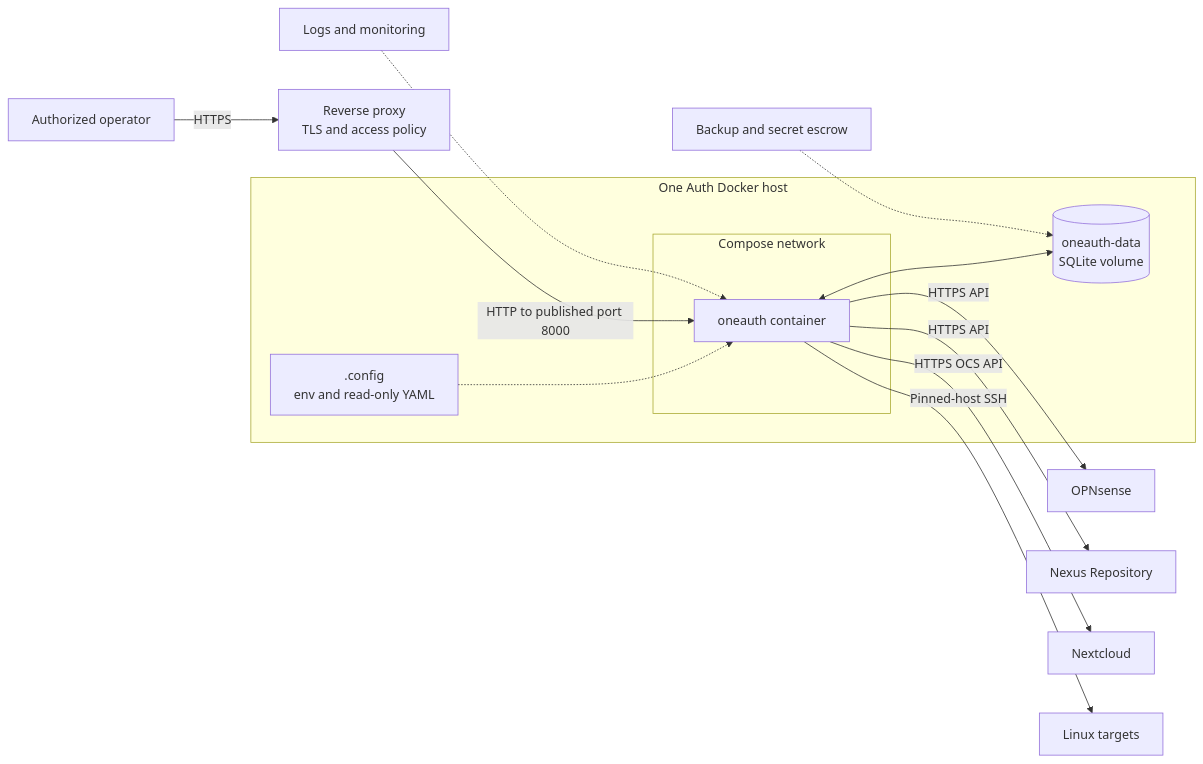
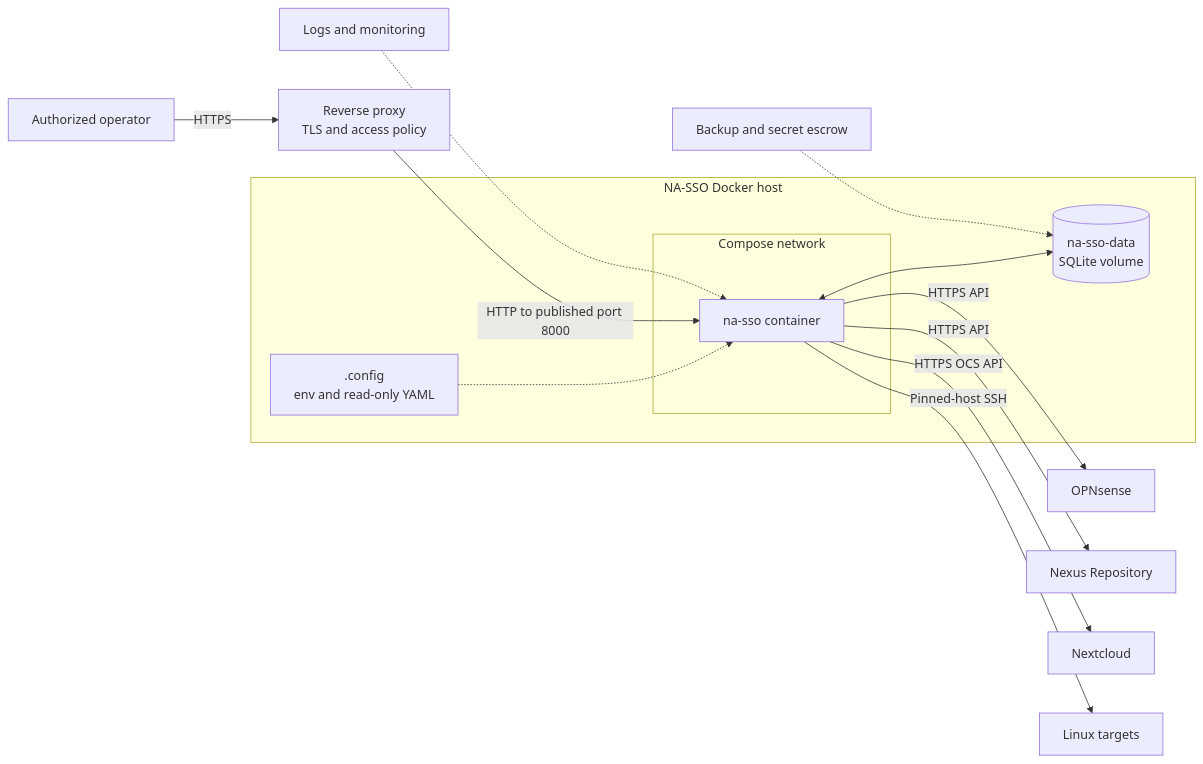
The diagram in docs/PRODUCTION.md (jpbaking/na-sso), drawn with Mermaid before and after one commit. The commit also changed other lines of this file and 107 other files, not shown here.

````diff
--- a/docs/PRODUCTION.md
+++ b/docs/PRODUCTION.md
@@ -21,21 +21,21 @@
 ```mermaid
 flowchart LR
     Operator["Authorized operator"] -->|"HTTPS"| Proxy["Reverse proxy<br/>TLS and access policy"]
 
-    subgraph Host["One Auth Docker host"]
+    subgraph Host["NA-SSO Docker host"]
         subgraph Network["Compose network"]
-            App["oneauth container"]
+            App["na-sso container"]
         end
         Config[".config<br/>env and read-only YAML"] -.-> App
-        App <--> Data[("oneauth-data<br/>SQLite volume")]
+        App <--> Data[("na-sso-data<br/>SQLite volume")]
     end
 
     Proxy -->|"HTTP to published port 8000"| App
     App -->|"HTTPS API"| OPNsense["OPNsense"]
     App -->|"HTTPS API"| Nexus["Nexus Repository"]
     App -->|"HTTPS OCS API"| Nextcloud["Nextcloud"]
     App -->|"Pinned-host SSH"| Linux["Linux targets"]
 
     Backup["Backup and secret escrow"] -.-> Data
     Monitor["Logs and monitoring"] -.-> App
 ```
````
